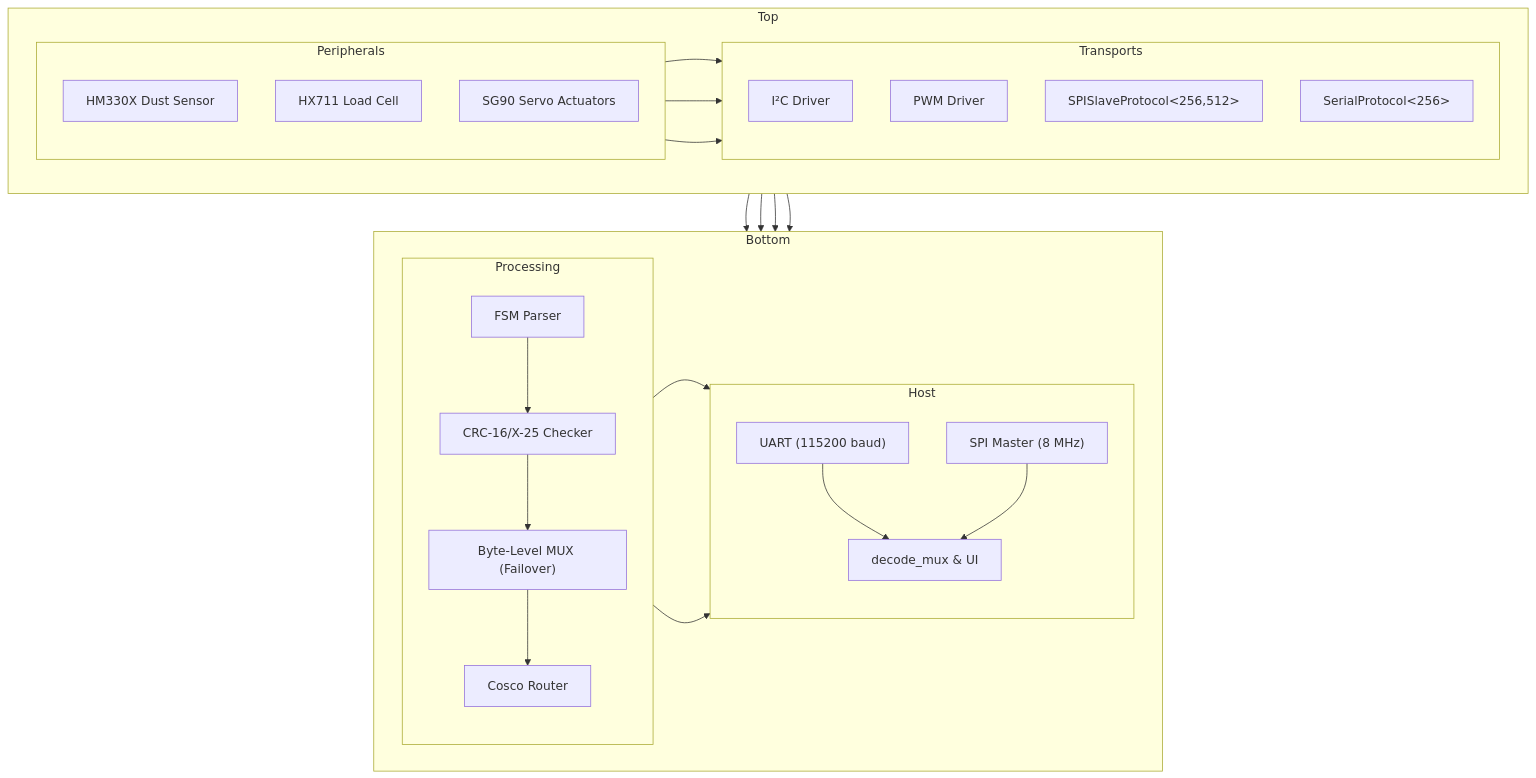
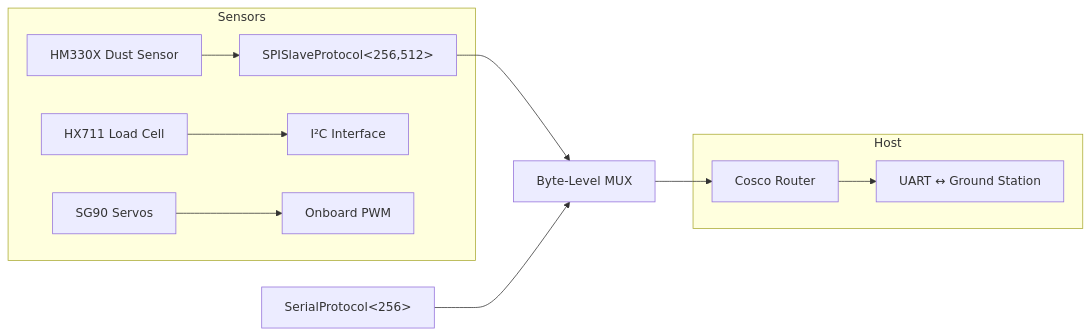
One commit to Eliot-Abramo/avionics_cots changed the diagram in README.md. Above: the diagram before and after it, drawn with Mermaid.

````diff
--- a/README.md
+++ b/README.md
@@ -18,56 +18,15 @@
 ```mermaid
-flowchart TB
-  %% Top Row: Peripherals and Transport Drivers
-  subgraph Top
-    direction LR
-    subgraph Peripherals
-      direction TB
-      Dust["HM330X Dust Sensor"]
-      Load["HX711 Load Cell"]
-      Servo["SG90 Servo Actuators"]
-    end
-    subgraph Transports
-      direction TB
-      I2C["I²C Driver"]
-      PWM["PWM Driver"]
-      SPIProt["SPISlaveProtocol<256,512>"]
-      UARTProt["SerialProtocol<256>"]
-    end
+flowchart LR
+  subgraph Sensors
+    HM330X[HM330X Dust Sensor] --> SPIDriver[SPISlaveProtocol<256,512>]
+    HX711[HX711 Load Cell]     --> I2CDriver[I²C Interface]
+    SG90[SG90 Servos]          --> PWMControl[Onboard PWM]
+  end
+  SPIDriver --> MUX[Byte-Level MUX]
+  SerialProtocol[SerialProtocol<256>] --> MUX
+  MUX --> Cosco[Cosco Router]
+  subgraph Host
+    Cosco --> UARTLink[UART ↔ Ground Station]
   end
 
-  %% Bottom Row: Processing and Host Interface
-  subgraph Bottom
-    direction LR
-    subgraph Processing
-      direction TB
-      Parser["FSM Parser"]
-      CRC["CRC-16/X-25 Checker"]
-      MUX["Byte-Level MUX (Failover)"]
-      Cosco["Cosco Router"]
-    end
-    subgraph Host
-      direction TB
-      UARTLink["UART (115200 baud)"]
-      SPILink["SPI Master (8 MHz)"]
-      HostApp["decode_mux & UI"]
-    end
-  end
-
-  %% Connections
-  Dust    --> I2C
-  Load    --> I2C
-  Servo   --> PWM
-  I2C     --> Parser
-  PWM     --> Parser
-  SPIProt --> Parser
-  UARTProt--> Parser
-  Parser  --> CRC
-  CRC     --> MUX
-  MUX     --> Cosco
-  Cosco   --> UARTLink
-  Cosco   --> SPILink
-  UARTLink--> HostApp
-  SPILink --> HostApp
-
-
 ```
````
